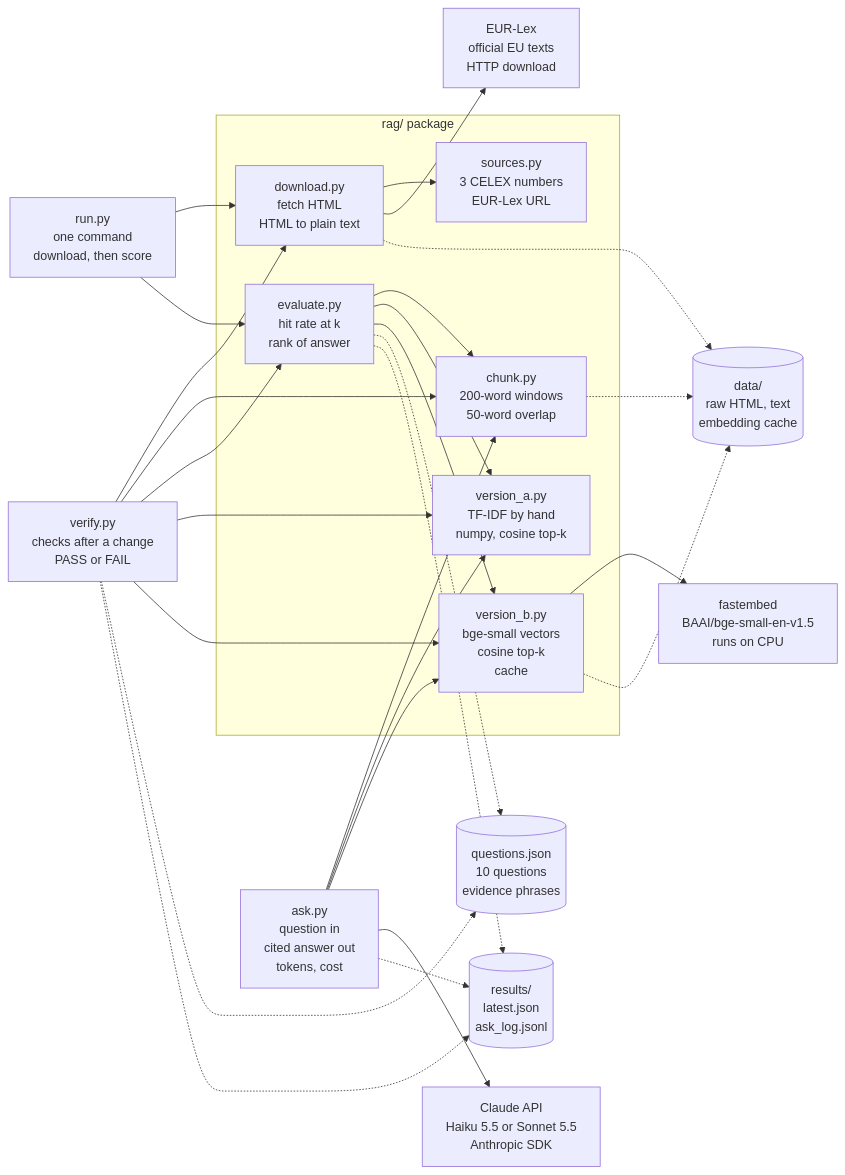
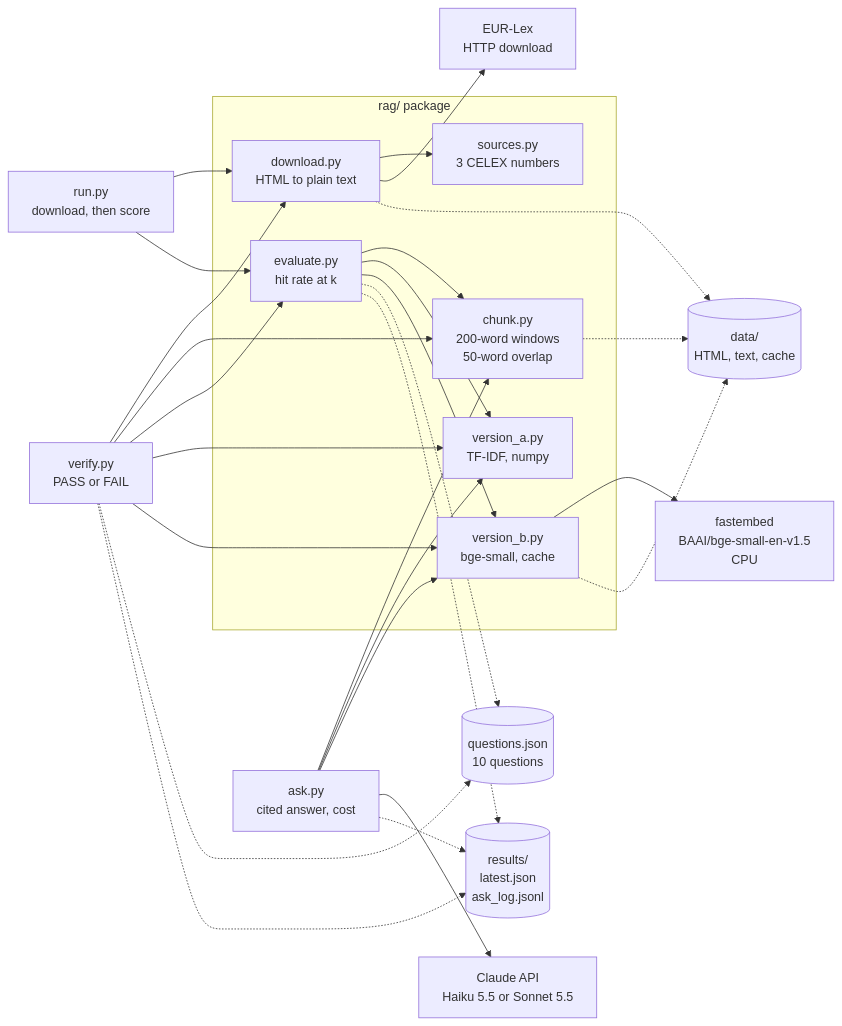
Before and after one commit to batutho-dot/rag-from-scratch: the first of 2 diagrams in docs/architecture.md, drawn with Mermaid. The commit also changed other lines of this file and 2 other files, not shown here.

````diff
--- a/docs/architecture.md
+++ b/docs/architecture.md
@@ -11,49 +9,49 @@
 ```mermaid
 flowchart LR
-    run["run.py<br/>one command<br/>download, then score"]
-    ask["ask.py<br/>question in<br/>cited answer out<br/>tokens, cost"]
-    verify["verify.py<br/>checks after a change<br/>PASS or FAIL"]
+    run["run.py<br/>download, then score"]
+    ask["ask.py<br/>cited answer, cost"]
+    verify["verify.py<br/>PASS or FAIL"]
 
     subgraph rag["rag/ package"]
-        sources["sources.py<br/>3 CELEX numbers<br/>EUR-Lex URL"]
-        download["download.py<br/>fetch HTML<br/>HTML to plain text"]
+        sources["sources.py<br/>3 CELEX numbers"]
+        download["download.py<br/>HTML to plain text"]
         chunk["chunk.py<br/>200-word windows<br/>50-word overlap"]
-        va["version_a.py<br/>TF-IDF by hand<br/>numpy, cosine top-k"]
-        vb["version_b.py<br/>bge-small vectors<br/>cosine top-k<br/>cache"]
-        evaluate["evaluate.py<br/>hit rate at k<br/>rank of answer"]
+        va["version_a.py<br/>TF-IDF, numpy"]
+        vb["version_b.py<br/>bge-small, cache"]
+        evaluate["evaluate.py<br/>hit rate at k"]
     end
 
-    questions[("questions.json<br/>10 questions<br/>evidence phrases")]
-    data[("data/<br/>raw HTML, text<br/>embedding cache")]
+    questions[("questions.json<br/>10 questions")]
+    data[("data/<br/>HTML, text, cache")]
     results[("results/<br/>latest.json<br/>ask_log.jsonl")]
 
-    eurlex["EUR-Lex<br/>official EU texts<br/>HTTP download"]
-    fastembed["fastembed<br/>BAAI/bge-small-en-v1.5<br/>runs on CPU"]
-    claude["Claude API<br/>Haiku 5.5 or Sonnet 5.5<br/>Anthropic SDK"]
+    eurlex["EUR-Lex<br/>HTTP download"]
+    fastembed["fastembed<br/>BAAI/bge-small-en-v1.5<br/>CPU"]
+    claude["Claude API<br/>Haiku 5.5 or Sonnet 5.5"]
 
     run --> download
     run --> evaluate
     download --> sources
     download --> eurlex
     download -.-> data
     evaluate --> chunk
     evaluate --> va
     evaluate --> vb
     evaluate -.-> questions
     evaluate -.-> results
     vb --> fastembed
     vb -.-> data
     chunk -.-> data
     ask --> chunk
     ask --> va
     ask --> vb
     ask --> claude
     ask -.-> results
     verify --> download
     verify --> chunk
     verify --> evaluate
     verify --> va
     verify --> vb
     verify -.-> questions
     verify -.-> results
 ```
````
